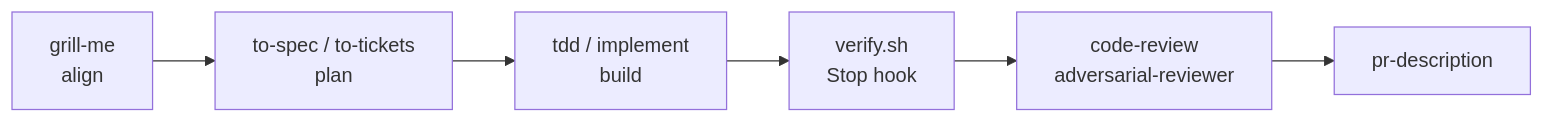
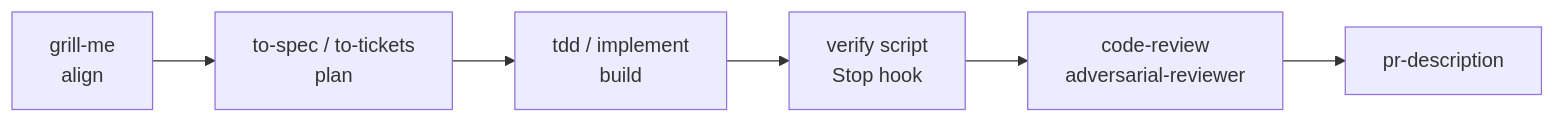
The second of 2 diagrams in README.md (Caminare/agent-harness), drawn with Mermaid before and after one commit. The commit also changed other lines of this file, not shown here.

````diff
--- a/README.md
+++ b/README.md
@@ -97,8 +117,8 @@
 ```mermaid
 flowchart LR
   G["grill-me<br/>align"] --> SP["to-spec / to-tickets<br/>plan"]
   SP --> I["tdd / implement<br/>build"]
-  I --> V["verify.sh<br/>Stop hook"]
+  I --> V["verify script<br/>Stop hook"]
   V --> R["code-review<br/>adversarial-reviewer"]
   R --> PR["pr-description"]
 ```
````
